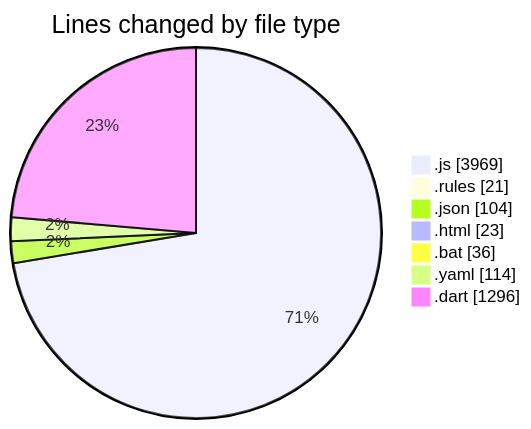
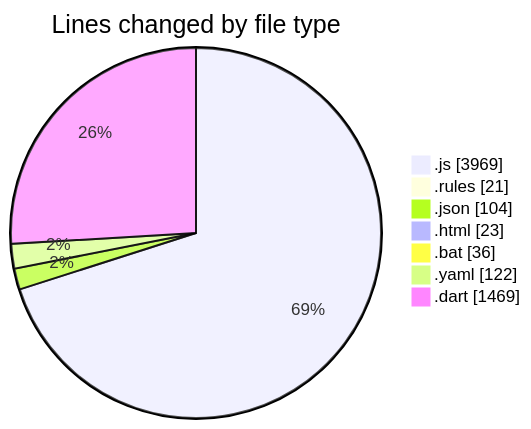
Before and after one commit to lephambinh05/code-tracking: the first of 2 diagrams in 2025-09-01/20m/README.md, drawn with Mermaid. The commit also changed other lines of this file and 1 other file, not shown here.

````diff
--- a/2025-09-01/20m/README.md
+++ b/2025-09-01/20m/README.md
@@ -55,11 +55,11 @@
 ```mermaid
 pie showData
 title Lines changed by file type
 ".js" : 3969
 ".rules" : 21
 ".json" : 104
 ".html" : 23
 ".bat" : 36
-".yaml" : 114
-".dart" : 1296
+".yaml" : 122
+".dart" : 1469
 ```
````
